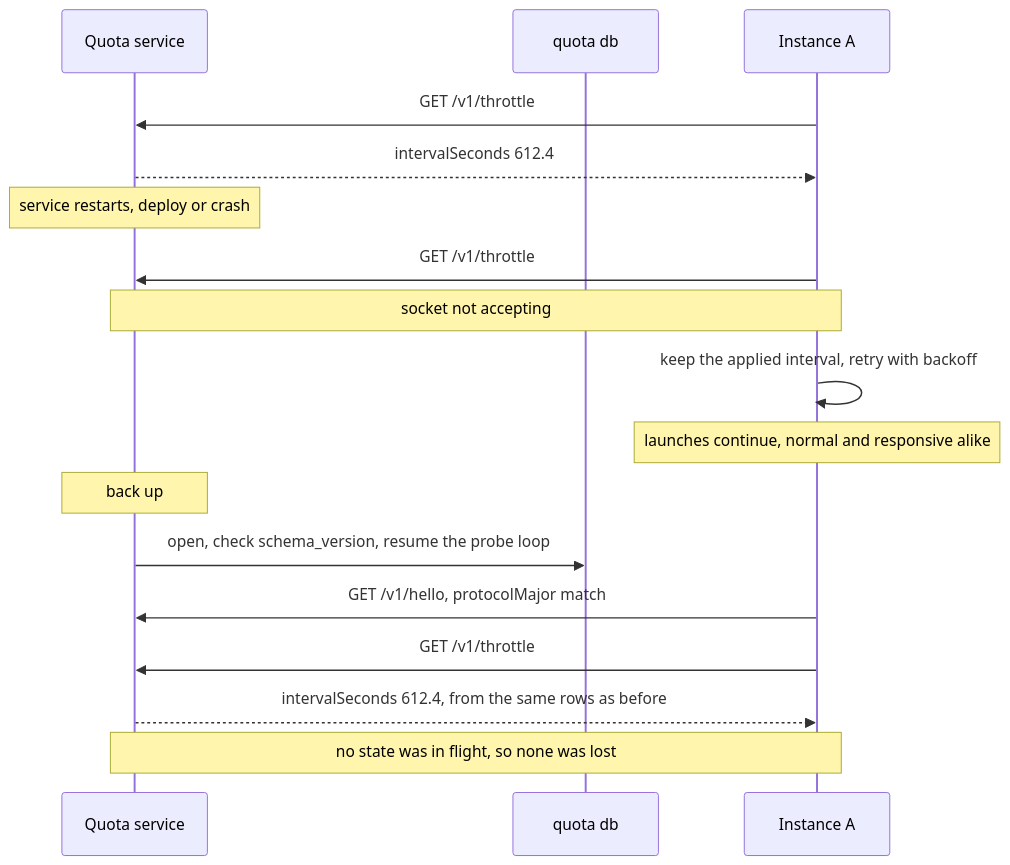
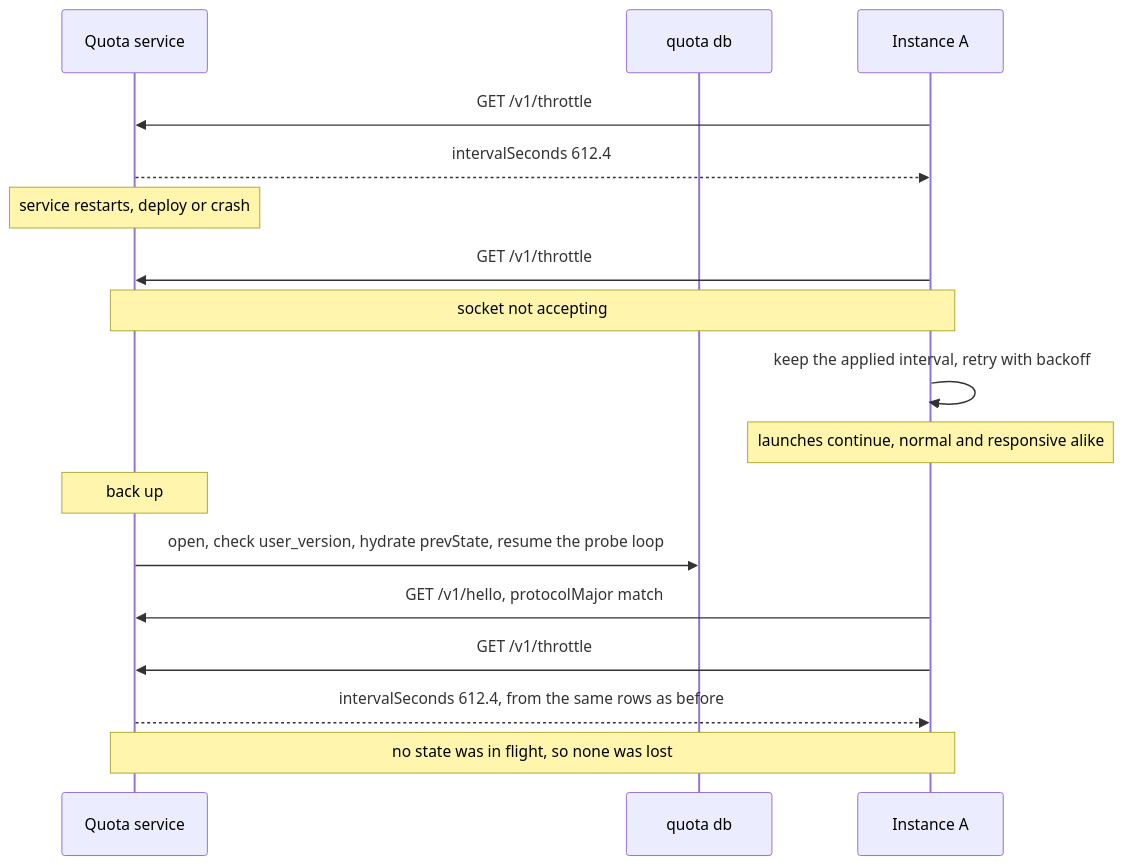
The third of 4 diagrams in docs/quota-coordinator-design.md (MEK-Org/rusa), drawn with Mermaid before and after one commit. The commit also changed other lines of this file, not shown here.

````diff
--- a/docs/quota-coordinator-design.md
+++ b/docs/quota-coordinator-design.md
@@ -883,20 +972,20 @@
 ```mermaid
 sequenceDiagram
     participant S as Quota service
     participant D as quota db
     participant A as Instance A
 
     A->>S: GET /v1/throttle
     S-->>A: intervalSeconds 612.4
     Note over S: service restarts, deploy or crash
     A->>S: GET /v1/throttle
     Note over A,S: socket not accepting
     A->>A: keep the applied interval, retry with backoff
     Note over A: launches continue, normal and responsive alike
     Note over S: back up
-    S->>D: open, check schema_version, resume the probe loop
+    S->>D: open, check user_version, hydrate prevState, resume the probe loop
     A->>S: GET /v1/hello, protocolMajor match
     A->>S: GET /v1/throttle
     S-->>A: intervalSeconds 612.4, from the same rows as before
     Note over A,S: no state was in flight, so none was lost
 ```
````
